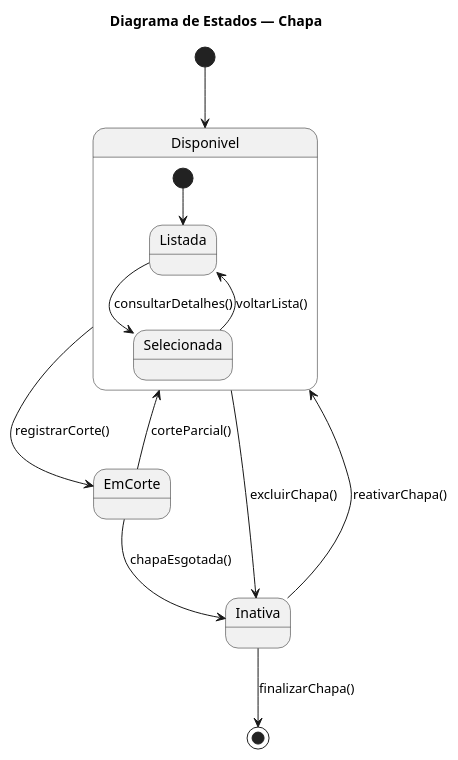
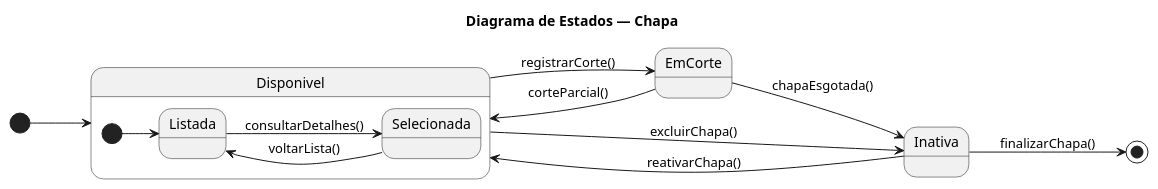
The first of 3 diagrams in DIAGRAMA_ESTADOS.md (WlFerrari/TetusManager), drawn with PlantUML before and after one commit. The commit also changed other lines of this file, not shown here.

Commit message:
Add left-to-right direction to state diagrams for Chapa and Retalho

````diff
--- a/DIAGRAMA_ESTADOS.md
+++ b/DIAGRAMA_ESTADOS.md
@@ -5,21 +5,22 @@
 ```plantuml
 @startuml
+left to right direction
 title Diagrama de Estados — Chapa
 [*] --> Disponivel
 
 Disponivel --> EmCorte : registrarCorte()
 EmCorte --> Disponivel : corteParcial()
 EmCorte --> Inativa : chapaEsgotada()
 
 Disponivel --> Inativa : excluirChapa()
 Inativa --> Disponivel : reativarChapa()
 Inativa --> [*] : finalizarChapa()
 
-state Disponivel {
+state "Disponivel" as Disponivel {
   [*] --> Listada
   Listada --> Selecionada : consultarDetalhes()
   Selecionada --> Listada : voltarLista()
 }
 
 @enduml
 ```
````
